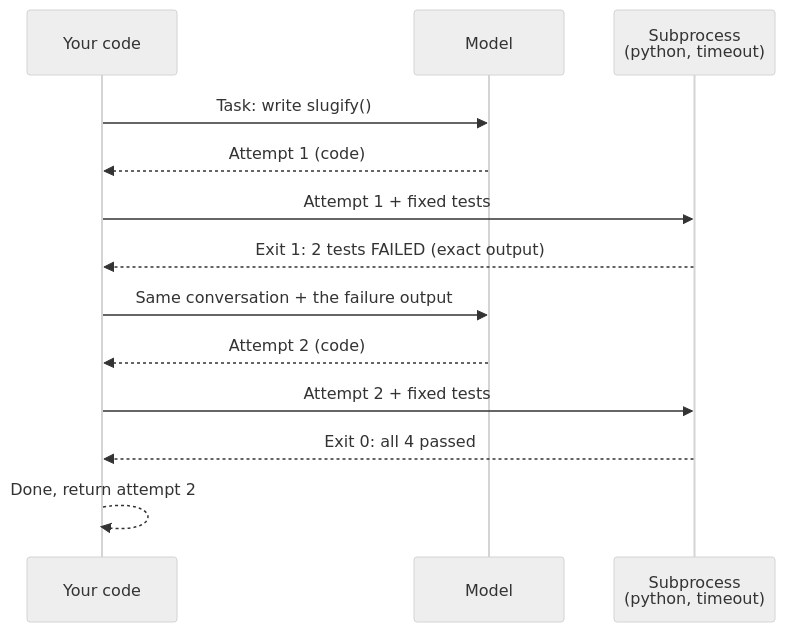
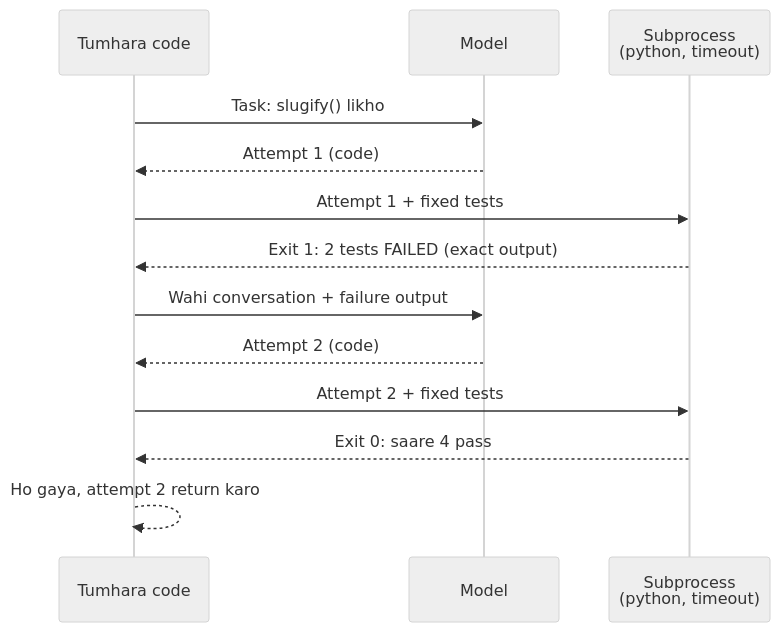
Before and after one commit to asmustechno/agentic-ai-notes: the diagram in docs/08-reflection-and-self-correction/08.3-self-critique-with-tests.md, drawn with Mermaid (neutral theme). The commit also changed other lines of this file and 135 other files, not shown here.

````diff
--- a/docs/08-reflection-and-self-correction/08.3-self-critique-with-tests.md
+++ b/docs/08-reflection-and-self-correction/08.3-self-critique-with-tests.md
@@ -46,15 +46,15 @@
 ```mermaid
 sequenceDiagram
-    participant C as Your code
+    participant C as Tumhara code
     participant M as Model
     participant P as Subprocess<br/>(python, timeout)
-    C->>M: Task: write slugify()
+    C->>M: Task: slugify() likho
     M-->>C: Attempt 1 (code)
     C->>P: Attempt 1 + fixed tests
     P-->>C: Exit 1: 2 tests FAILED (exact output)
-    C->>M: Same conversation + the failure output
+    C->>M: Wahi conversation + failure output
     M-->>C: Attempt 2 (code)
     C->>P: Attempt 2 + fixed tests
-    P-->>C: Exit 0: all 4 passed
-    C-->>C: Done, return attempt 2
+    P-->>C: Exit 0: saare 4 pass
+    C-->>C: Ho gaya, attempt 2 return karo
 ```
````
